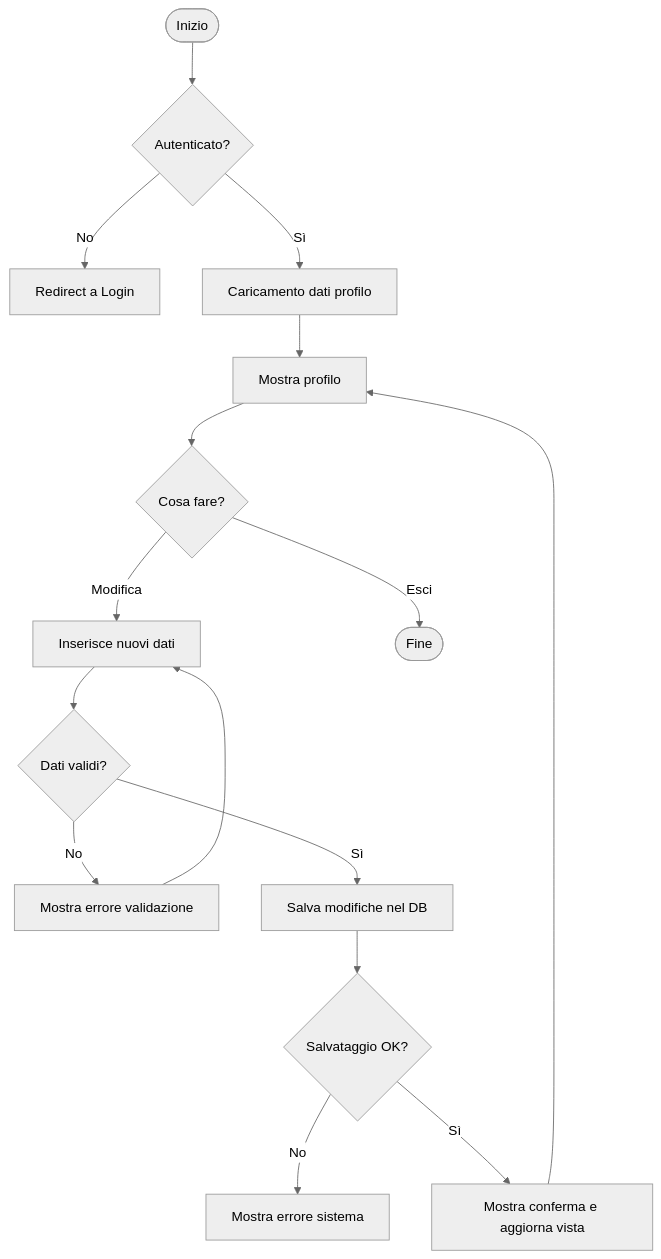
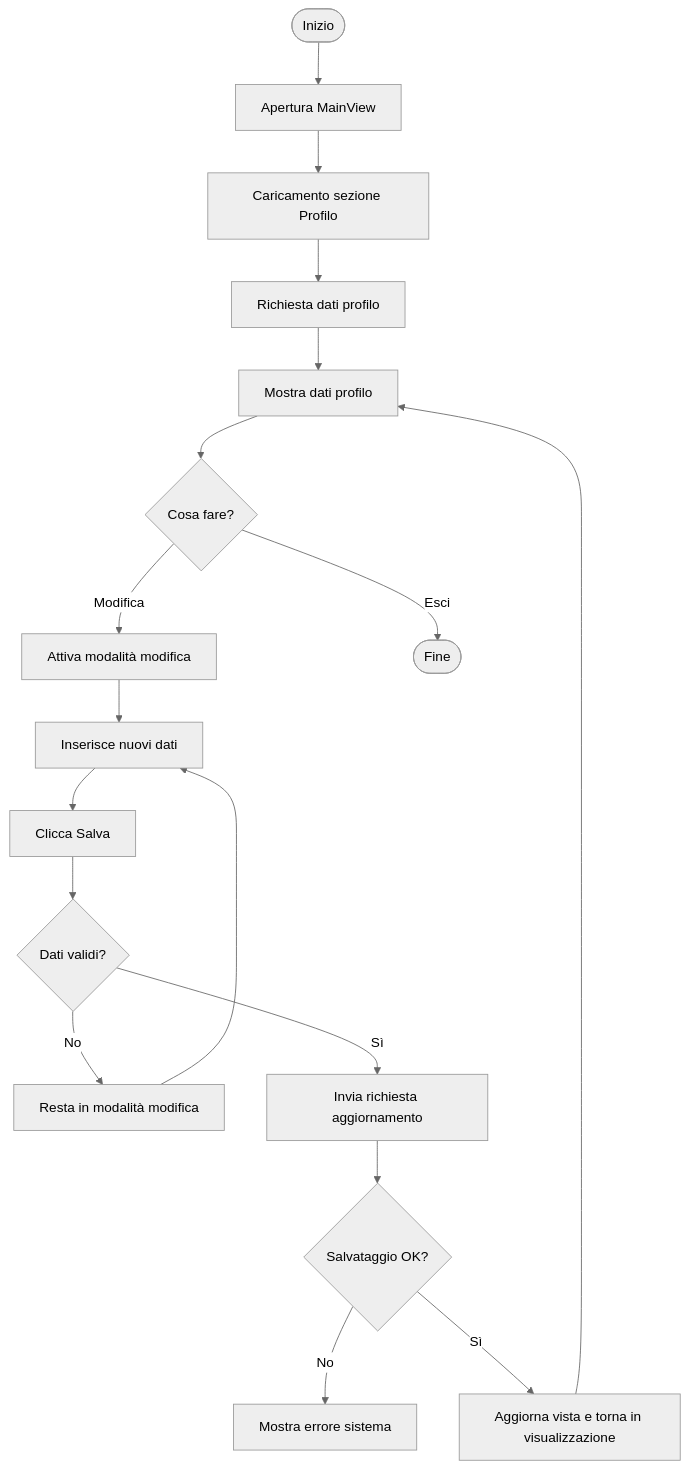
The fifth of 7 diagrams in documentazione_v2/UC02.md (mb4dev/progetto-prova), drawn with Mermaid (neutral theme) before and after one commit. The commit also changed other lines of this file and 4 other files, not shown here.

````diff
--- a/documentazione_v2/UC02.md
+++ b/documentazione_v2/UC02.md
@@ -111,23 +124,26 @@
 ``` mermaid 
 flowchart TD
 
-Start([Inizio]) --> AuthCheck{Autenticato?}
-AuthCheck -->|No| Login[Redirect a Login]
-AuthCheck -->|Sì| LoadProfile[Caricamento dati profilo]
+Start([Inizio]) --> MainView[Apertura MainView]
+MainView --> LoadDefault[Caricamento sezione Profilo]
+LoadDefault --> GetProfile[Richiesta dati profilo]
 
-LoadProfile --> Display[Mostra profilo]
-Display --> Choice{Cosa fare?}
+GetProfile --> ViewProfile[Mostra dati profilo]
+ViewProfile --> Choice{Cosa fare?}
 
-Choice -->|Modifica| EditInput[Inserisce nuovi dati]
+Choice -->|Modifica| EditMode[Attiva modalità modifica]
 Choice -->|Esci| End([Fine])
 
-EditInput --> Validate{Dati validi?}
-Validate -->|No| ShowError[Mostra errore validazione]
+EditMode --> EditInput[Inserisce nuovi dati]
+EditInput --> Save[Clicca Salva]
+
+Save --> Validate{Dati validi?}
+Validate -->|No| ShowError[Resta in modalità modifica]
 ShowError --> EditInput
 
-Validate -->|Sì| SaveData[Salva modifiche nel DB]
-SaveData --> DBCheck{Salvataggio OK?}
+Validate -->|Sì| UpdateReq[Invia richiesta aggiornamento]
+UpdateReq --> DBCheck{Salvataggio OK?}
 DBCheck -->|No| DBError[Mostra errore sistema]
-DBCheck -->|Sì| Success[Mostra conferma e aggiorna vista]
-Success --> Display
+DBCheck -->|Sì| Success[Aggiorna vista e torna in visualizzazione]
+Success --> ViewProfile
 ```
````
